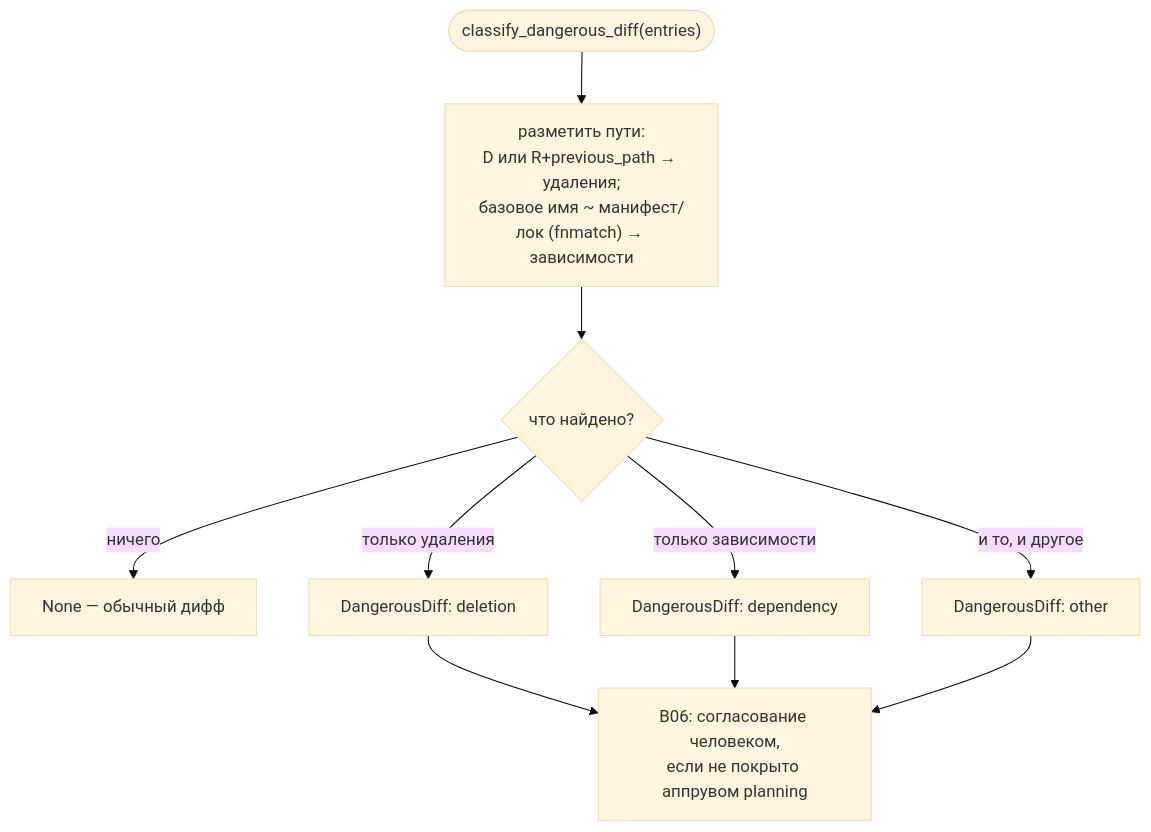
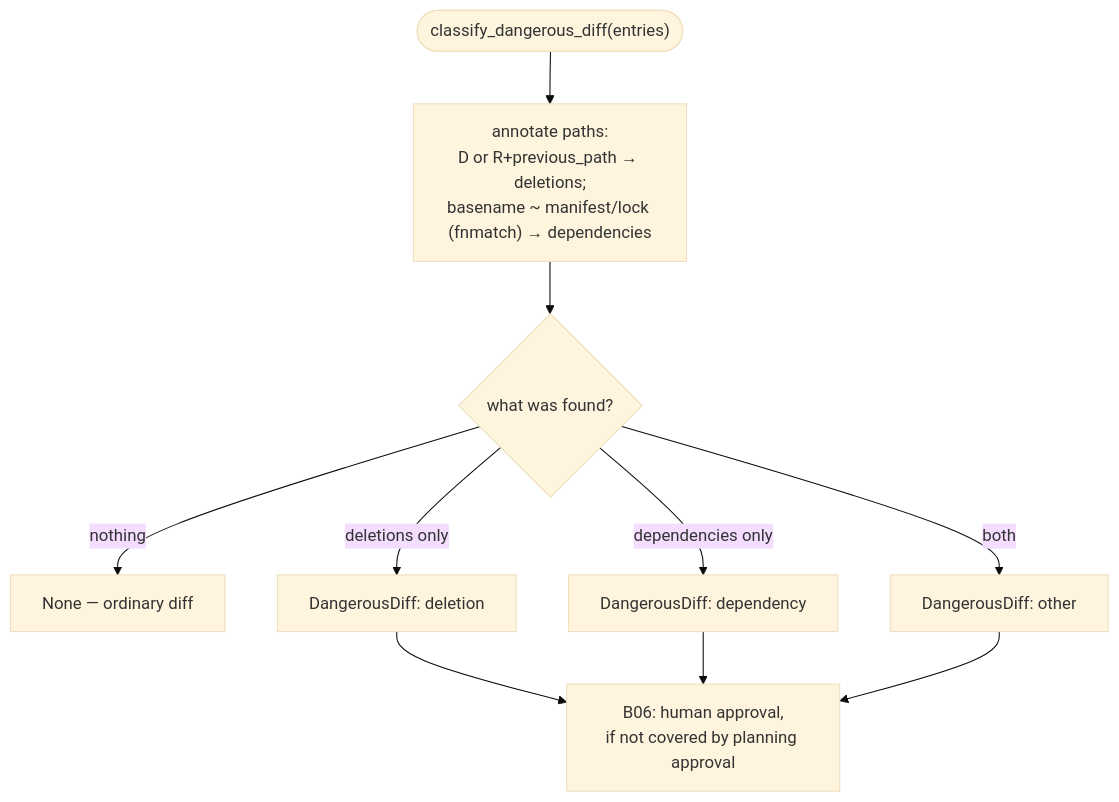
Before and after one commit to VladimirMakarevich/wastech-orchestrator: the diagram in docs/functional/blocks/B14-dangerous-diff-guardrail.md, drawn with Mermaid (base theme). The commit also changed other lines of this file and 41 other files, not shown here.

Commit message:
docs: translate system flows documentation from Russian to English, ensuring clarity and consistency in terminology. Update sequence diagrams and flowcharts to reflect the changes in language. Maintain the structure and references to blocks for ease of navigation.

````diff
--- a/docs/functional/blocks/B14-dangerous-diff-guardrail.md
+++ b/docs/functional/blocks/B14-dangerous-diff-guardrail.md
@@ -41,12 +41,12 @@
 ```mermaid
 flowchart TB
-    start(["classify_dangerous_diff(entries)"]) --> scan["разметить пути:<br/>D или R+previous_path → удаления;<br/>базовое имя ~ манифест/лок (fnmatch) → зависимости"]
-    scan --> q{"что найдено?"}
-    q -->|"ничего"| none["None — обычный дифф"]
-    q -->|"только удаления"| del["DangerousDiff: deletion"]
-    q -->|"только зависимости"| dep["DangerousDiff: dependency"]
-    q -->|"и то, и другое"| other["DangerousDiff: other"]
-    del --> b06["B06: согласование человеком,<br/>если не покрыто аппрувом planning"]
+    start(["classify_dangerous_diff(entries)"]) --> scan["annotate paths:<br/>D or R+previous_path → deletions;<br/>basename ~ manifest/lock (fnmatch) → dependencies"]
+    scan --> q{"what was found?"}
+    q -->|"nothing"| none["None — ordinary diff"]
+    q -->|"deletions only"| del["DangerousDiff: deletion"]
+    q -->|"dependencies only"| dep["DangerousDiff: dependency"]
+    q -->|"both"| other["DangerousDiff: other"]
+    del --> b06["B06: human approval,<br/>if not covered by planning approval"]
     dep --> b06
     other --> b06
 ```
````
